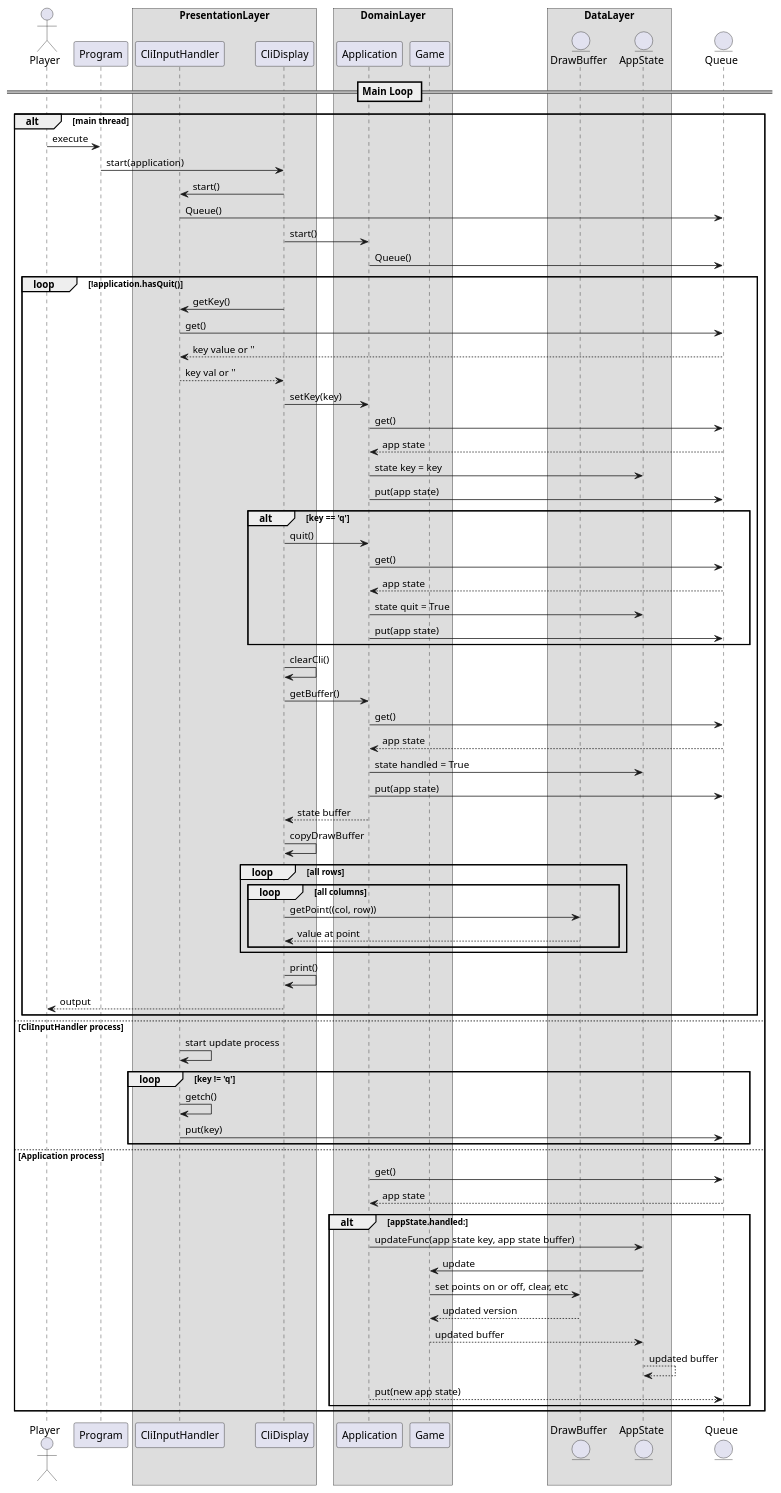
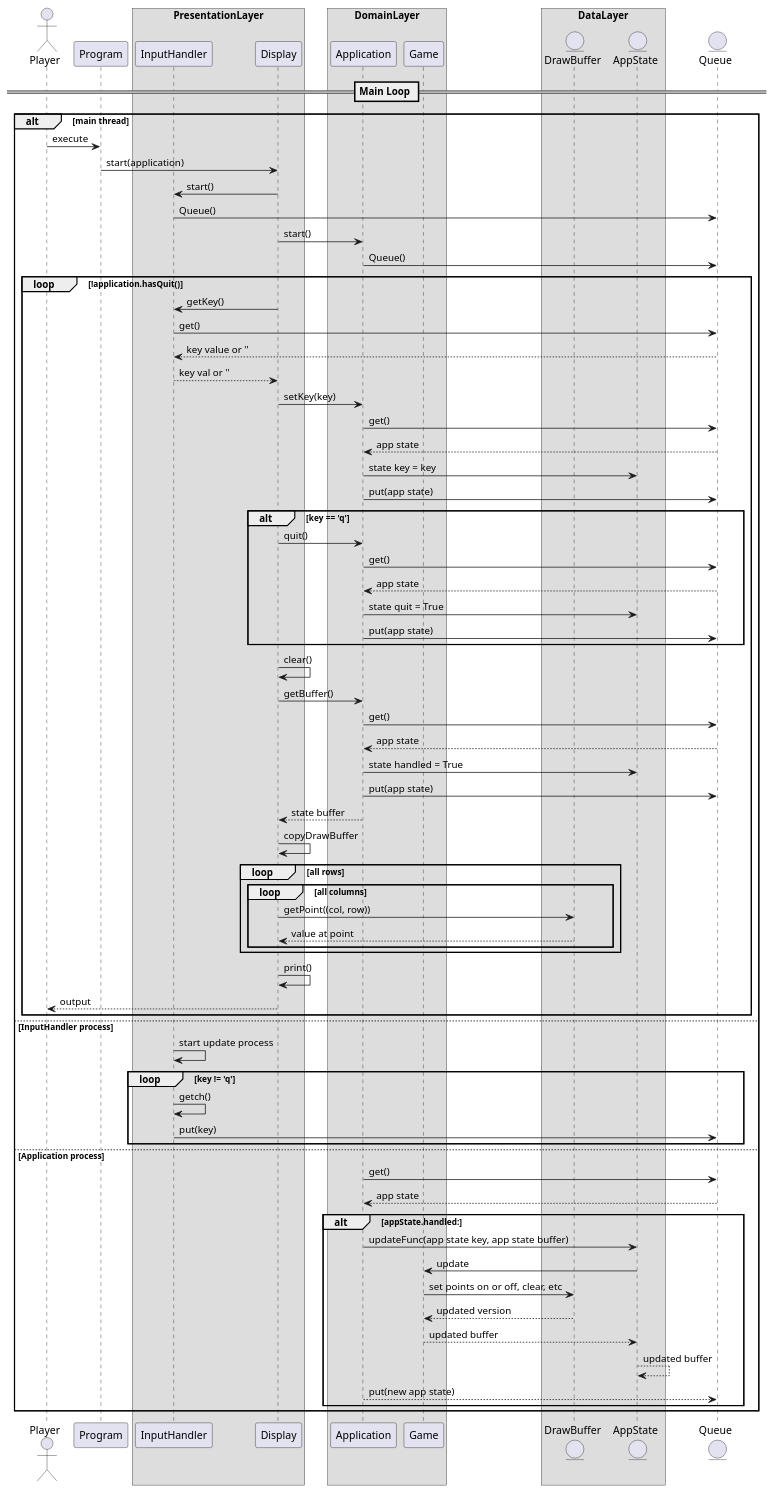
The second of 2 diagrams in hw01/docs/etchsketch.plantuml (blueOkiris/EmbeddedLinuxClass), drawn with PlantUML before and after one commit. The commit also changed other lines of this file and 5 other files, not shown here.

```diff
--- a/hw01/docs/etchsketch.plantuml
+++ b/hw01/docs/etchsketch.plantuml
@@ -118,104 +135,104 @@
 @startuml etch-a-sketch-seq
 
 actor Player
 
 participant Program
 
 box PresentationLayer
-participant CliInputHandler
-participant CliDisplay
+participant InputHandler
+participant Display
 end box
 
 box DomainLayer
 participant Application
 participant Game
 end box
 
 box DataLayer
 entity DrawBuffer
 entity AppState
 end box
 
 entity Queue
 
 == Main Loop ==
 
 alt main thread
 
 Player -> Program : execute
-Program -> CliDisplay : start(application)
-CliDisplay -> CliInputHandler : start()
-CliInputHandler -> Queue : Queue()
-CliDisplay -> Application : start()
+Program -> Display : start(application)
+Display -> InputHandler : start()
+InputHandler -> Queue : Queue()
+Display -> Application : start()
 Application -> Queue : Queue()
 
 loop !application.hasQuit()
 
-CliDisplay -> CliInputHandler : getKey()
-CliInputHandler -> Queue : get()
-Queue --> CliInputHandler : key value or ''
-CliInputHandler --> CliDisplay : key val or ''
-CliDisplay -> Application : setKey(key)
+Display -> InputHandler : getKey()
+InputHandler -> Queue : get()
+Queue --> InputHandler : key value or ''
+InputHandler --> Display : key val or ''
+Display -> Application : setKey(key)
 Application -> Queue : get()
 Queue --> Application : app state
 Application -> AppState : state key = key
 Application -> Queue : put(app state)
 
 alt key == 'q'
-CliDisplay -> Application : quit()
+Display -> Application : quit()
 Application -> Queue : get()
 Queue --> Application : app state
 Application -> AppState : state quit = True
 Application -> Queue : put(app state)
 end
 
-CliDisplay -> CliDisplay : clearCli()
-CliDisplay -> Application : getBuffer()
+Display -> Display : clear()
+Display -> Application : getBuffer()
 Application -> Queue : get()
 Queue --> Application : app state
 Application -> AppState : state handled = True
 Application -> Queue : put(app state)
-Application --> CliDisplay : state buffer
-CliDisplay -> CliDisplay : copyDrawBuffer
+Application --> Display : state buffer
+Display -> Display : copyDrawBuffer
 
 loop all rows
 loop all columns
-CliDisplay -> DrawBuffer : getPoint((col, row))
-DrawBuffer --> CliDisplay : value at point
+Display -> DrawBuffer : getPoint((col, row))
+DrawBuffer --> Display : value at point
 end
 end
 
-CliDisplay -> CliDisplay : print()
-CliDisplay --> Player : output
+Display -> Display : print()
+Display --> Player : output
 
 end
 
-else CliInputHandler process
+else InputHandler process
 
-CliInputHandler -> CliInputHandler : start update process
+InputHandler -> InputHandler : start update process
 
 loop key != 'q'
 
-CliInputHandler -> CliInputHandler : getch()
-CliInputHandler -> Queue : put(key)
+InputHandler -> InputHandler : getch()
+InputHandler -> Queue : put(key)
 
 end
 
 else Application process
 
 Application -> Queue : get()
 Queue --> Application : app state
 
 alt appState.handled:
 Application -> AppState : updateFunc(app state key, app state buffer)
 AppState -> Game : update
 Game -> DrawBuffer : set points on or off, clear, etc
 DrawBuffer --> Game : updated version
 Game --> AppState : updated buffer
 AppState --> AppState : updated buffer
 Application --> Queue : put(new app state)
 end
 
 end
 
 @enduml
```
